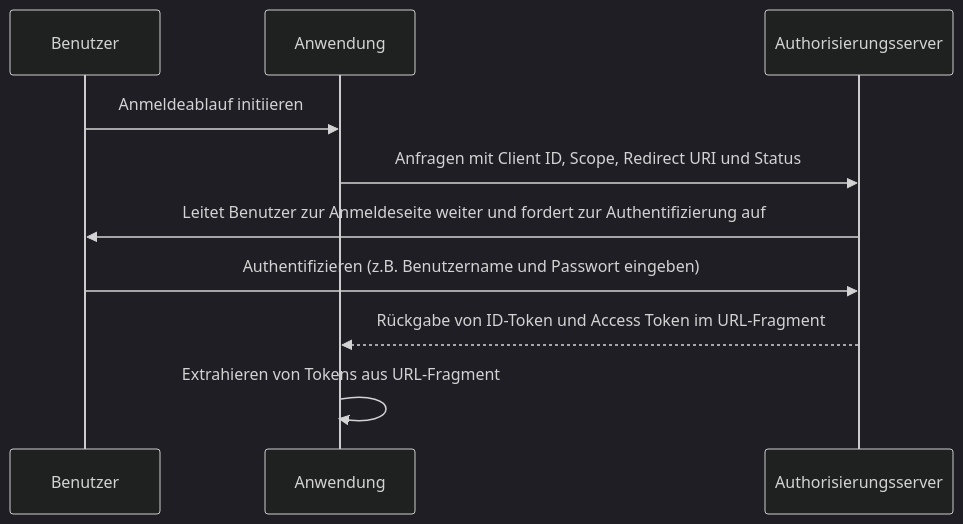
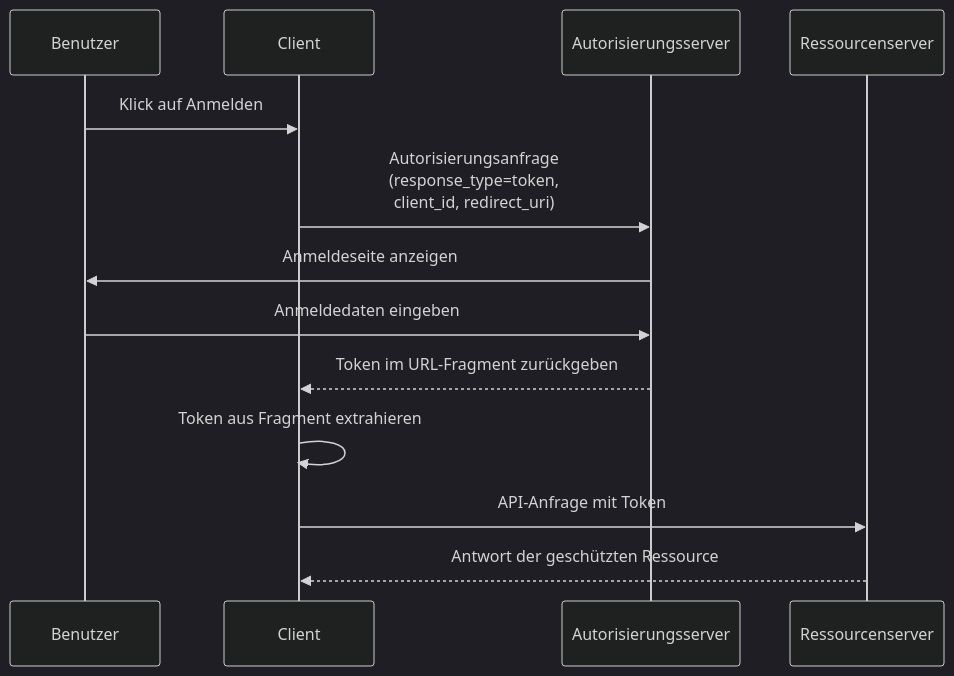
One commit to logto-io/auth-wiki changed the diagram in src/content/terms/de/implicit-flow.mdx. Above: the diagram before and after it, drawn with Mermaid (dark theme). The commit also changed other lines of this file and 95 other files, not shown here.

````diff
--- a/src/content/terms/de/implicit-flow.mdx
+++ b/src/content/terms/de/implicit-flow.mdx
@@ -20,12 +19,16 @@
 ```mermaid
 sequenceDiagram
-participant Benutzer
-participant Anwendung
-participant Authorisierungsserver
-Benutzer->>Anwendung: Anmeldeablauf initiieren
-Anwendung->>Authorisierungsserver: Anfragen mit Client ID, Scope, Redirect URI und Status
-Authorisierungsserver->>Benutzer: Leitet Benutzer zur Anmeldeseite weiter und fordert zur Authentifizierung auf
-Benutzer->>Authorisierungsserver: Authentifizieren (z.B. Benutzername und Passwort eingeben)
-Authorisierungsserver -->>Anwendung: Rückgabe von ID-Token und Access Token im URL-Fragment
-Anwendung->>Anwendung: Extrahieren von Tokens aus URL-Fragment
+  participant U as Benutzer
+  participant C as Client
+  participant AS as Autorisierungsserver
+  participant RS as Ressourcenserver
+
+  U->>C: Klick auf Anmelden
+  C->>AS: Autorisierungsanfrage<br/>(response_type=token,<br/>client_id, redirect_uri)
+  AS->>U: Anmeldeseite anzeigen
+  U->>AS: Anmeldedaten eingeben
+  AS-->>C: Token im URL-Fragment zurückgeben
+  C->>C: Token aus Fragment extrahieren
+  C->>RS: API-Anfrage mit Token
+  RS-->>C: Antwort der geschützten Ressource
 ```
````
